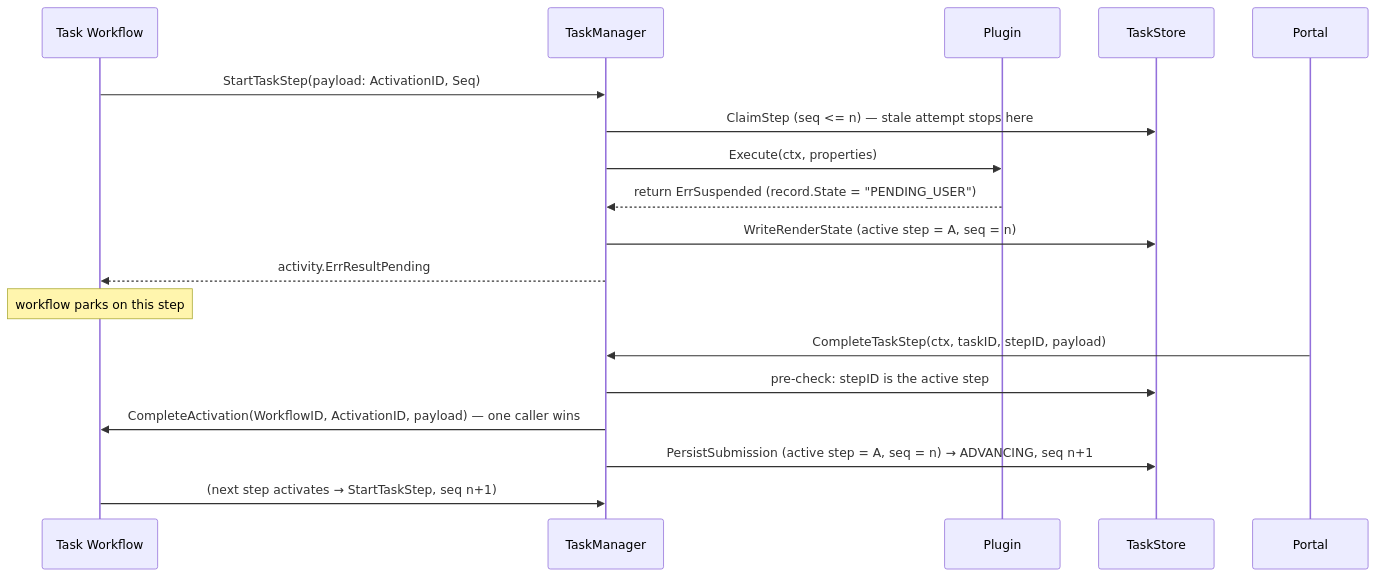
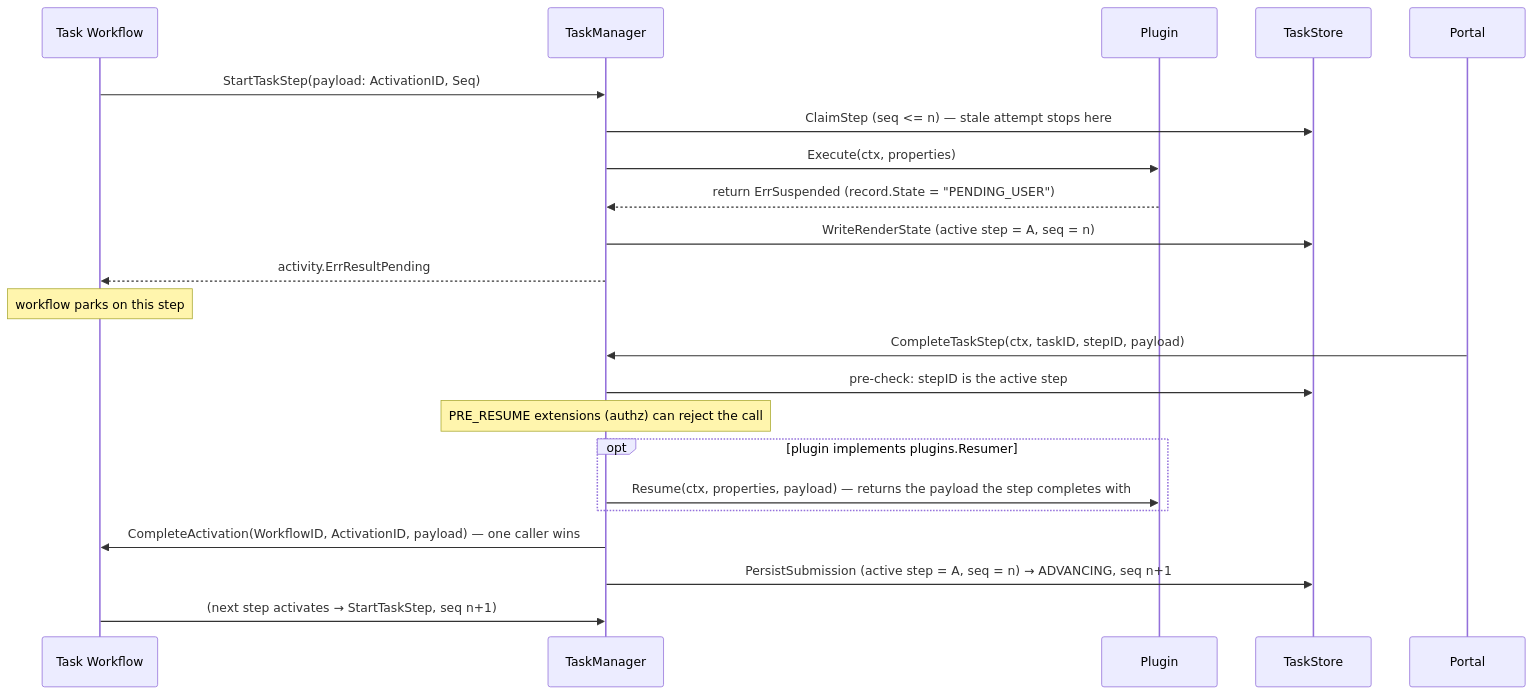
One commit to OpenNSW/core changed the second of 2 diagrams in taskflow/docs/architecture.md. Above: the diagram before and after it, drawn with Mermaid. The commit also changed 2 other files, not shown here.

Commit message:
docs(taskflow): document the Resumer hook
The plugin author guide explains when to implement Resumer, when it runs
and its contract; the architecture diagram and the README show where it
sits in CompleteTaskStep.

Refs #391

````diff
--- a/taskflow/docs/architecture.md
+++ b/taskflow/docs/architecture.md
@@ -217,23 +217,27 @@
 ```mermaid
 sequenceDiagram
     participant TW as Task Workflow
     participant TM as TaskManager
     participant P as Plugin
     participant DB as TaskStore
     participant FE as Portal
 
     TW->>TM: StartTaskStep(payload: ActivationID, Seq)
     TM->>DB: ClaimStep (seq <= n) — stale attempt stops here
     TM->>P: Execute(ctx, properties)
     P-->>TM: return ErrSuspended (record.State = "PENDING_USER")
     TM->>DB: WriteRenderState (active step = A, seq = n)
     TM-->>TW: activity.ErrResultPending
 
     Note over TW: workflow parks on this step
 
     FE->>TM: CompleteTaskStep(ctx, taskID, stepID, payload)
     TM->>DB: pre-check: stepID is the active step
+    Note over TM: PRE_RESUME extensions (authz) can reject the call
+    opt plugin implements plugins.Resumer
+        TM->>P: Resume(ctx, properties, payload) — returns the payload the step completes with
+    end
     TM->>TW: CompleteActivation(WorkflowID, ActivationID, payload) — one caller wins
     TM->>DB: PersistSubmission (active step = A, seq = n) → ADVANCING, seq n+1
     TW->>TM: (next step activates → StartTaskStep, seq n+1)
 ```
````
